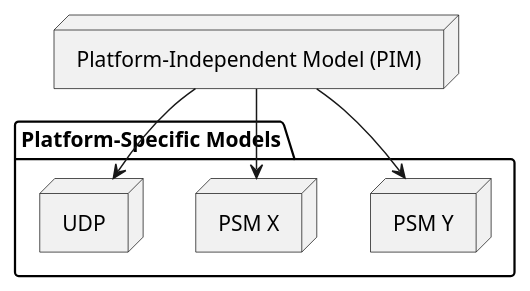
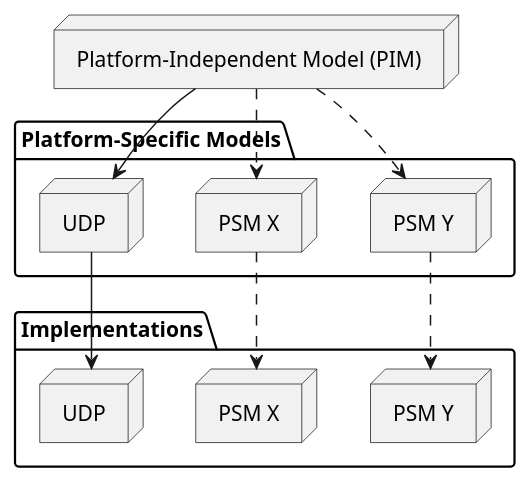
One commit to danieleades/rtps changed the diagram in resources/workspace.puml. Above: the diagram before and after it, drawn with PlantUML. The commit also changed 17 other files, not shown here.

```diff
--- a/resources/workspace.puml
+++ b/resources/workspace.puml
@@ -1,18 +1,30 @@
 @startuml Workspace Diagram
 node "Platform-Independent Model (PIM)" as pim {
 
 }
 
 package "Platform-Specific Models" {
 
     node "PSM Y" as psm_y
-    pim -> psm_y
+    pim ..> psm_y
 
     node "PSM X" as psm_x
-    pim --> psm_x
+    pim ..> psm_x
 
     node UDP as udp
     pim --> udp
 }
 
+package "Implementations" as impls {
+
+    node "PSM Y" as psm_y_impl
+    psm_y ..> psm_y_impl
+
+    node "PSM X" as psm_x_impl
+    psm_x ..> psm_x_impl
+
+    node "UDP" as udp_impl
+    udp --> udp_impl
+}
+
 @enduml
```
